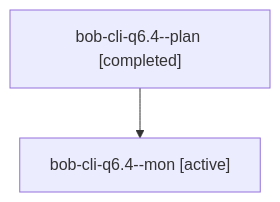
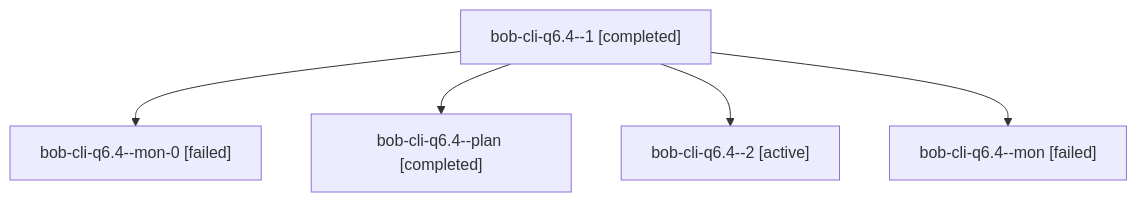
Before and after one commit to bobs-org/bob-cli--agents: the diagram in sessions/bbugyi200.athena.bob-cli-q6.4.md, drawn with Mermaid. The commit also changed other lines of this file and 169 other files, not shown here.

````diff
--- a/sessions/bbugyi200.athena.bob-cli-q6.4.md
+++ b/sessions/bbugyi200.athena.bob-cli-q6.4.md
@@ -9,6 +9,12 @@
 ```mermaid
 flowchart TD
-  n0["bob-cli-q6.4--plan [completed]"]
-  n1["bob-cli-q6.4--mon [active]"]
+  n0["bob-cli-q6.4--1 [completed]"]
+  n1["bob-cli-q6.4--mon-0 [failed]"]
   n0 --> n1
+  n2["bob-cli-q6.4--plan [completed]"]
+  n0 --> n2
+  n3["bob-cli-q6.4--2 [active]"]
+  n0 --> n3
+  n4["bob-cli-q6.4--mon [failed]"]
+  n0 --> n4
 ```
````
